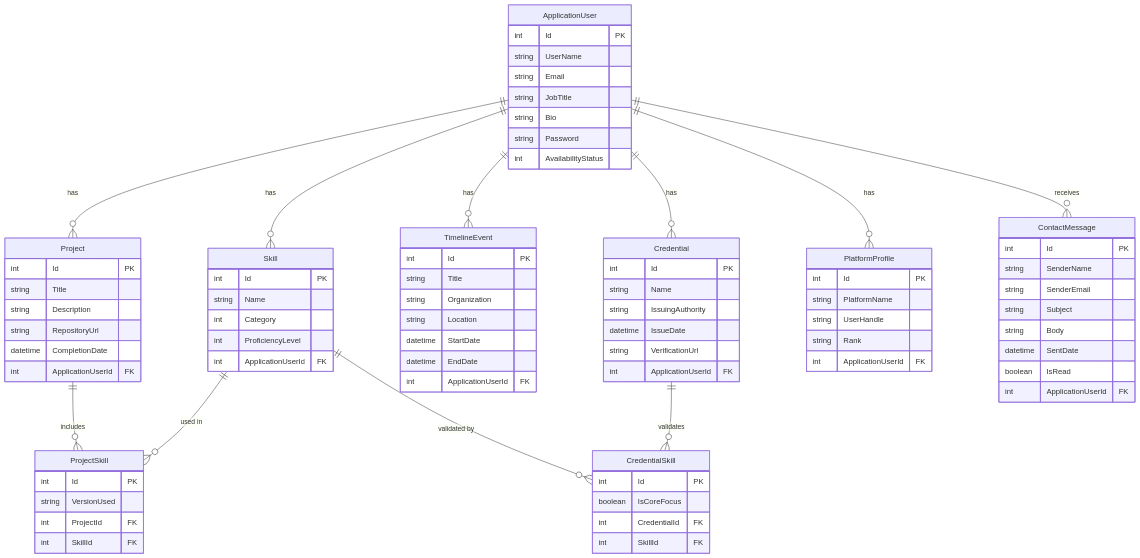
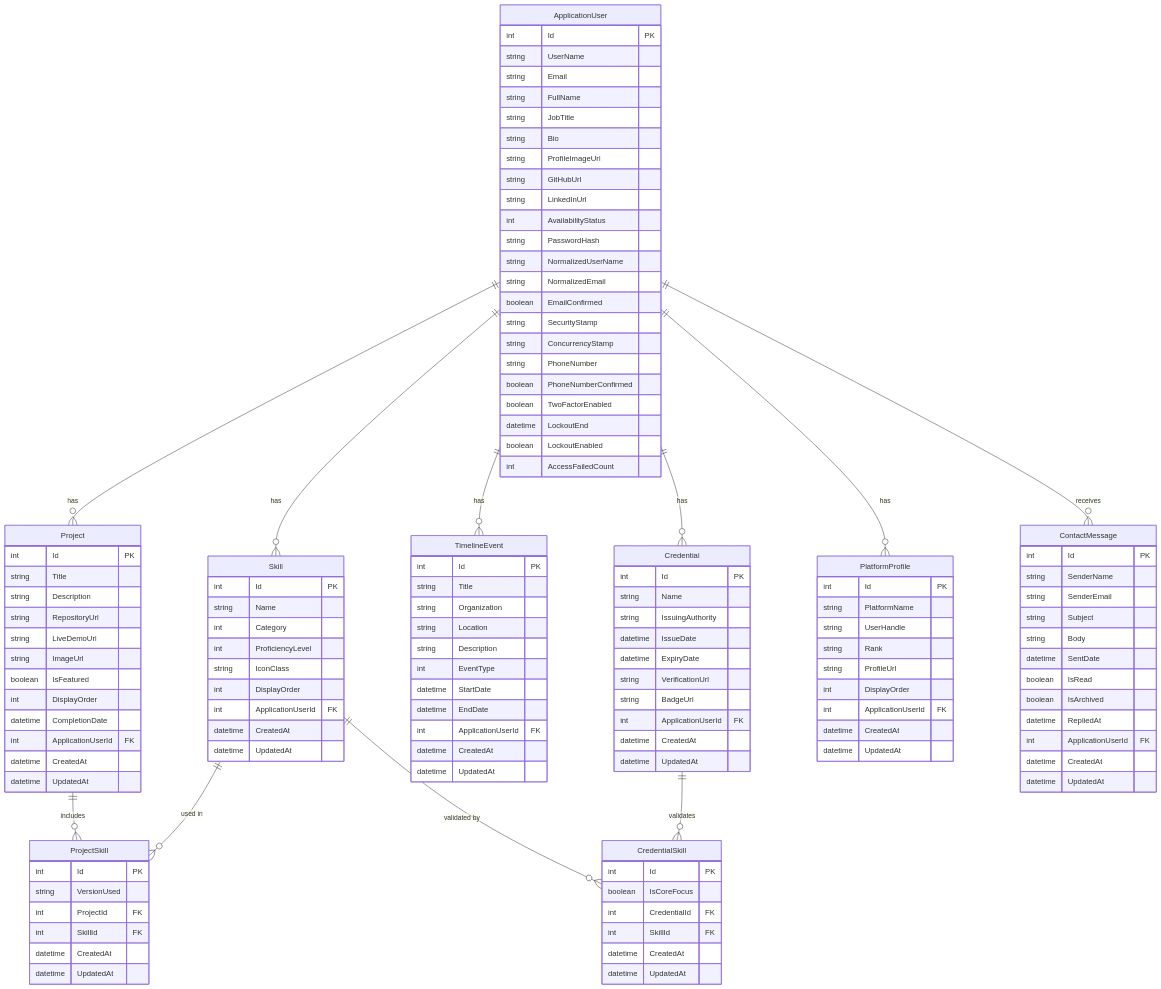
Before and after one commit to YousefKurchaloy/Portfol.io: the diagram in README.md, drawn with Mermaid.

Commit message:
Update README.md ERD to match actual database models

```diff
--- a/README.md
+++ b/README.md
@@ -33,10 +33,25 @@
         int Id PK
         string UserName
         string Email
+        string FullName
         string JobTitle
         string Bio
-        string Password
+        string ProfileImageUrl
+        string GitHubUrl
+        string LinkedInUrl
         int AvailabilityStatus
+        string PasswordHash
+        string NormalizedUserName
+        string NormalizedEmail
+        boolean EmailConfirmed
+        string SecurityStamp
+        string ConcurrencyStamp
+        string PhoneNumber
+        boolean PhoneNumberConfirmed
+        boolean TwoFactorEnabled
+        datetime LockoutEnd
+        boolean LockoutEnabled
+        int AccessFailedCount
     }
 
     Project {
@@ -44,8 +59,14 @@
         string Title
         string Description
         string RepositoryUrl
+        string LiveDemoUrl
+        string ImageUrl
+        boolean IsFeatured
+        int DisplayOrder
         datetime CompletionDate
         int ApplicationUserId FK
+        datetime CreatedAt
+        datetime UpdatedAt
     }
 
     Skill {
@@ -53,7 +74,11 @@
         string Name
         int Category
         int ProficiencyLevel
+        string IconClass
+        int DisplayOrder
         int ApplicationUserId FK
+        datetime CreatedAt
+        datetime UpdatedAt
     }
 
     TimelineEvent {
@@ -61,9 +86,13 @@
         string Title
         string Organization
         string Location
+        string Description
+        int EventType
         datetime StartDate
         datetime EndDate
         int ApplicationUserId FK
+        datetime CreatedAt
+        datetime UpdatedAt
     }
 
     Credential {
@@ -71,8 +100,12 @@
         string Name
         string IssuingAuthority
         datetime IssueDate
+        datetime ExpiryDate
         string VerificationUrl
+        string BadgeUrl
         int ApplicationUserId FK
+        datetime CreatedAt
+        datetime UpdatedAt
     }
 
     PlatformProfile {
@@ -80,7 +113,11 @@
         string PlatformName
         string UserHandle
         string Rank
+        string ProfileUrl
+        int DisplayOrder
         int ApplicationUserId FK
+        datetime CreatedAt
+        datetime UpdatedAt
     }
 
     ContactMessage {
@@ -91,7 +128,11 @@
         string Body
         datetime SentDate
         boolean IsRead
+        boolean IsArchived
+        datetime RepliedAt
         int ApplicationUserId FK
+        datetime CreatedAt
+        datetime UpdatedAt
     }
 
     ProjectSkill {
@@ -99,6 +140,8 @@
         string VersionUsed
         int ProjectId FK
         int SkillId FK
+        datetime CreatedAt
+        datetime UpdatedAt
     }
 
     CredentialSkill {
@@ -106,6 +149,8 @@
         boolean IsCoreFocus
         int CredentialId FK
         int SkillId FK
+        datetime CreatedAt
+        datetime UpdatedAt
     }
 
     %% Relationships
```
